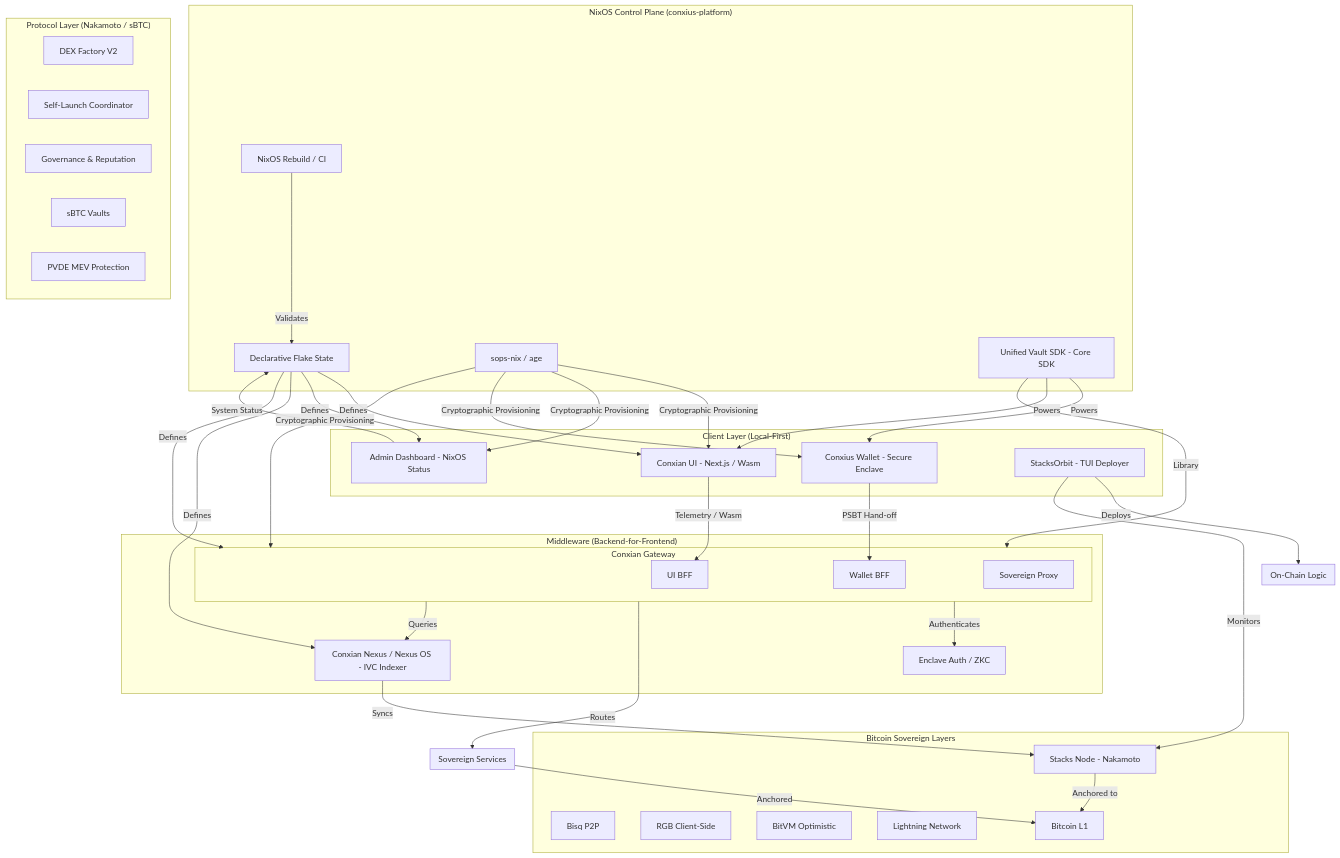
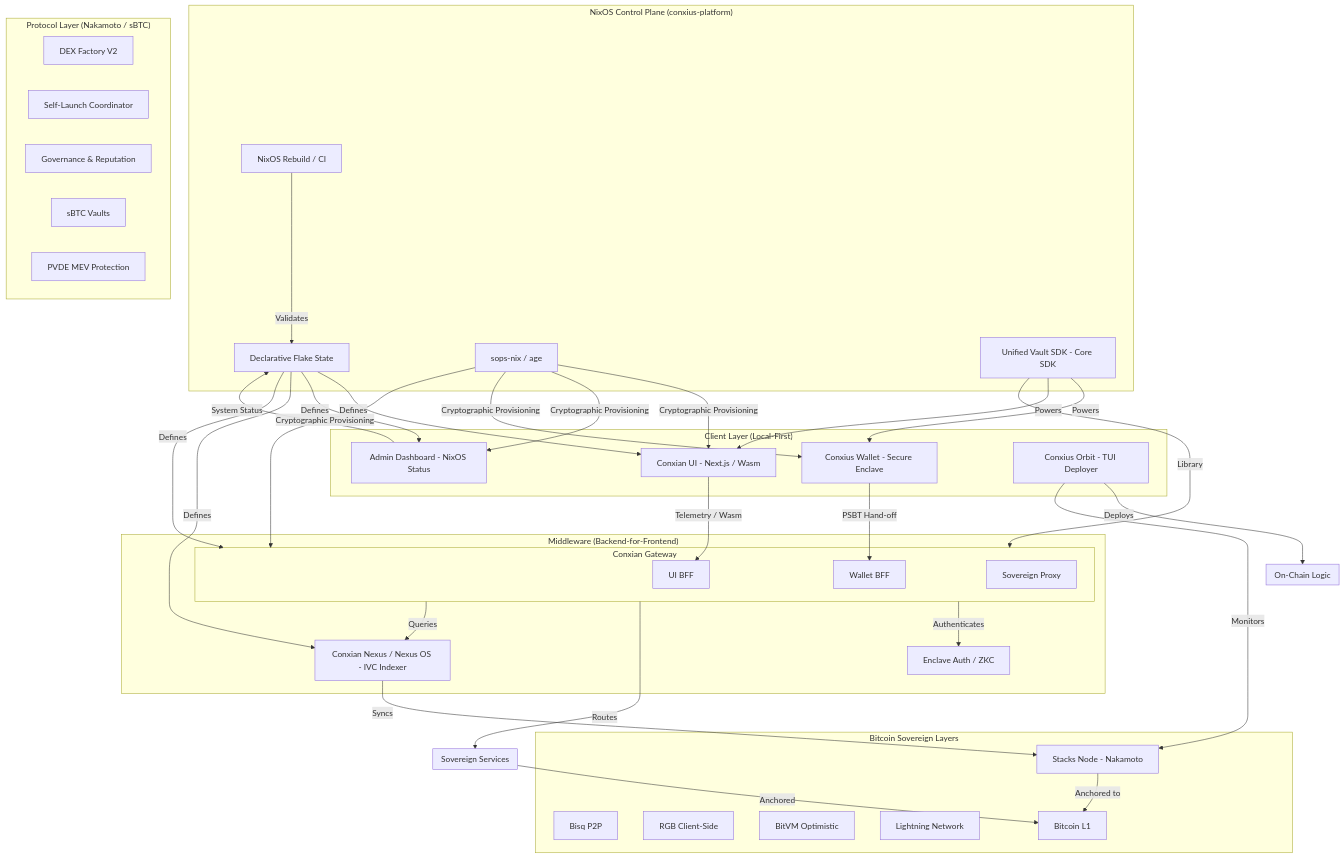
One commit to Conxian/conxius-platform changed the first of 2 diagrams in docs/architecture/SYSTEM_GRAPH.md. Above: the diagram before and after it, drawn with Mermaid. The commit also changed 34 other files, not shown here.

```diff
--- a/docs/architecture/SYSTEM_GRAPH.md
+++ b/docs/architecture/SYSTEM_GRAPH.md
@@ -29,7 +29,7 @@
         UI[Conxian UI - Next.js / Wasm]
         ADM[Admin Dashboard - NixOS Status]
         W[Conxius Wallet - Secure Enclave]
-        ORB[StacksOrbit - TUI Deployer]
+        ORB[Conxius Orbit - TUI Deployer]
     end
 
     subgraph "Protocol Layer (Nakamoto / sBTC)"
```
